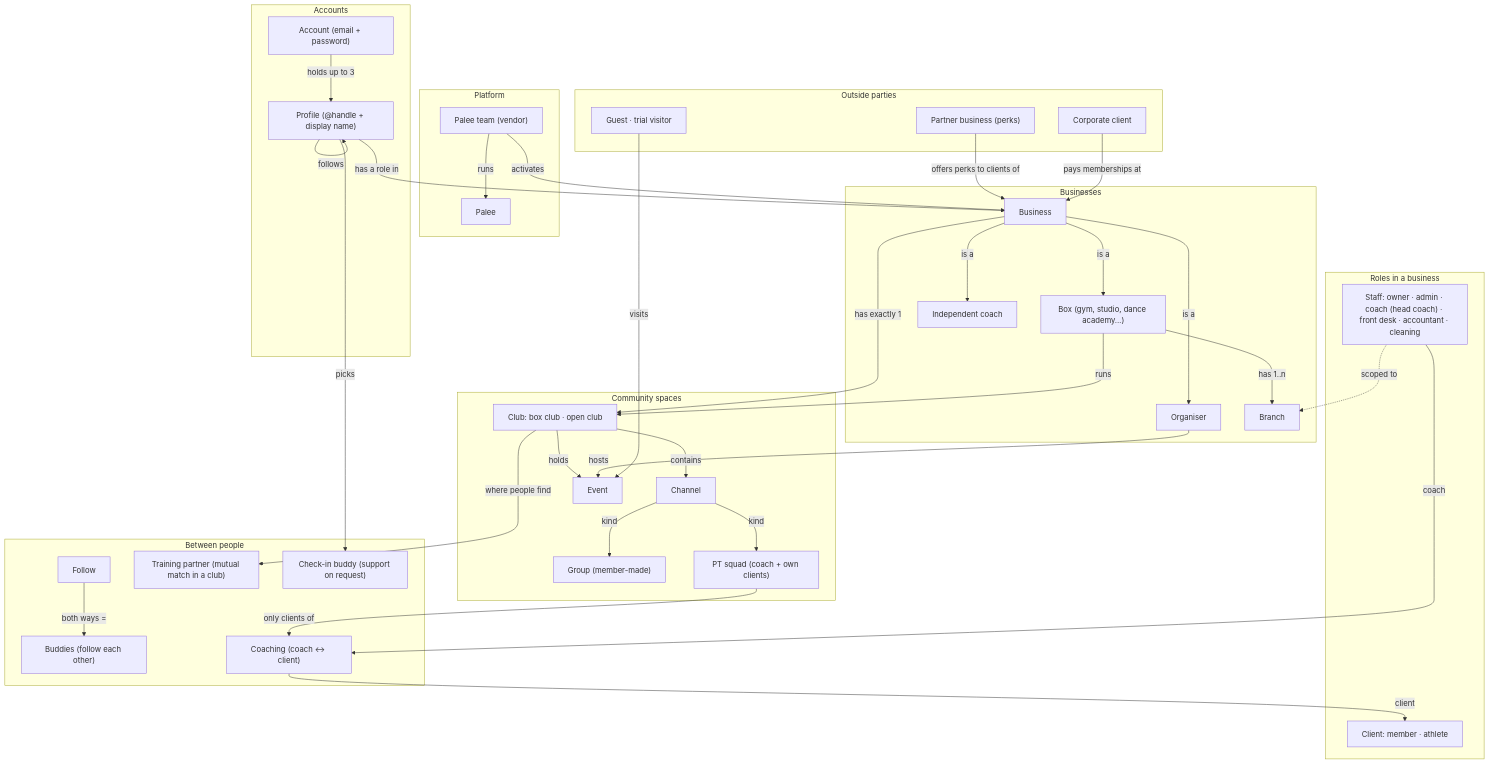
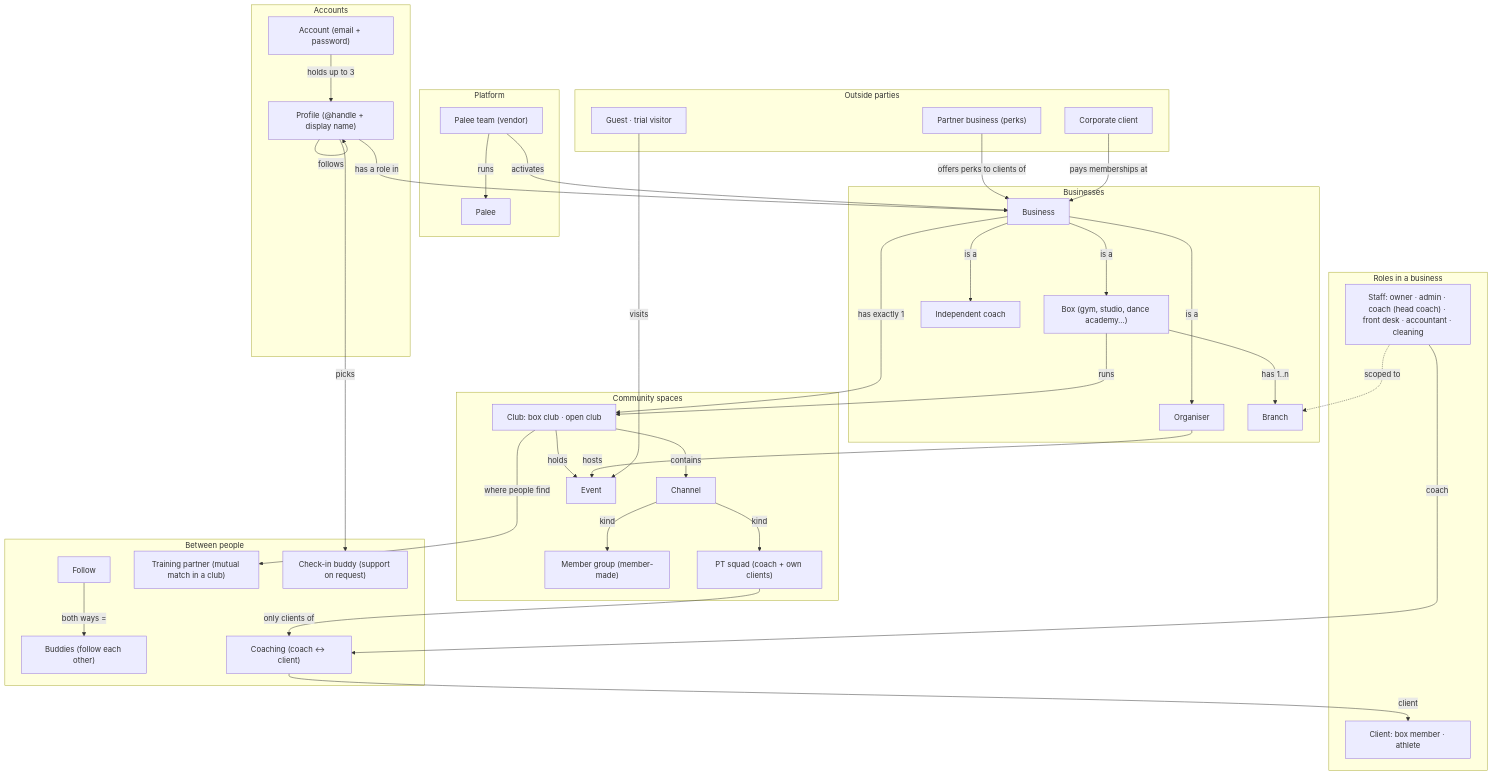
The first of 2 diagrams in docs/product/ontology.md (AnrPg/milos), drawn with Mermaid before and after one commit. The commit also changed other lines of this file and 23 other files, not shown here.

````diff
--- a/docs/product/ontology.md
+++ b/docs/product/ontology.md
@@ -26,74 +29,74 @@
 ```mermaid
 flowchart TB
   subgraph PLATFORM["Platform"]
     PALEE["Palee"]
     TEAM["Palee team (vendor)"]
   end
 
   subgraph ACCOUNTS["Accounts"]
     LOGIN["Account (email + password)"]
     PROFILE["Profile (@handle + display name)"]
   end
 
   subgraph BUSINESSES["Businesses"]
     BIZ["Business"]
     BOX["Box (gym, studio, dance academy…)"]
     INDIE["Independent coach"]
     ORG["Organiser"]
     BRANCH["Branch"]
   end
 
   subgraph ROLES["Roles in a business"]
     STAFF["Staff: owner · admin · coach (head coach) · front desk · accountant · cleaning"]
-    CLIENT["Client: member · athlete"]
+    CLIENT["Client: box member · athlete"]
   end
 
   subgraph SPACES["Community spaces"]
     CLUB["Club: box club · open club"]
     CHANNEL["Channel"]
-    GROUP["Group (member-made)"]
+    GROUP["Member group (member-made)"]
     SQUAD["PT squad (coach + own clients)"]
     EVENT["Event"]
   end
 
   subgraph RELATIONS["Between people"]
     FOLLOW["Follow"]
     BUDDIES["Buddies (follow each other)"]
     TPARTNER["Training partner (mutual match in a club)"]
     CHECKIN["Check-in buddy (support on request)"]
     COACHING["Coaching (coach ↔ client)"]
   end
 
   subgraph OUTSIDE["Outside parties"]
     PERKP["Partner business (perks)"]
     CORP["Corporate client"]
     GUEST["Guest · trial visitor"]
   end
 
   TEAM -- runs --> PALEE
   TEAM -- activates --> BIZ
   LOGIN -- holds up to 3 --> PROFILE
   BIZ -- is a --> BOX
   BIZ -- is a --> INDIE
   BIZ -- is a --> ORG
   BOX -- has 1..n --> BRANCH
   PROFILE -- has a role in --> BIZ
   STAFF -. scoped to .-> BRANCH
   BIZ -- has exactly 1 --> CLUB
   BOX -- runs --> CLUB
   CLUB -- contains --> CHANNEL
   CHANNEL -- kind --> GROUP
   CHANNEL -- kind --> SQUAD
   CLUB -- holds --> EVENT
   ORG -- hosts --> EVENT
   PROFILE -- follows --> PROFILE
   FOLLOW -- both ways = --> BUDDIES
   CLUB -- where people find --> TPARTNER
   PROFILE -- picks --> CHECKIN
   STAFF -- coach --> COACHING
   COACHING -- client --> CLIENT
   SQUAD -- only clients of --> COACHING
   PERKP -- offers perks to clients of --> BIZ
   CORP -- pays memberships at --> BIZ
   GUEST -- visits --> EVENT
 ```
````
